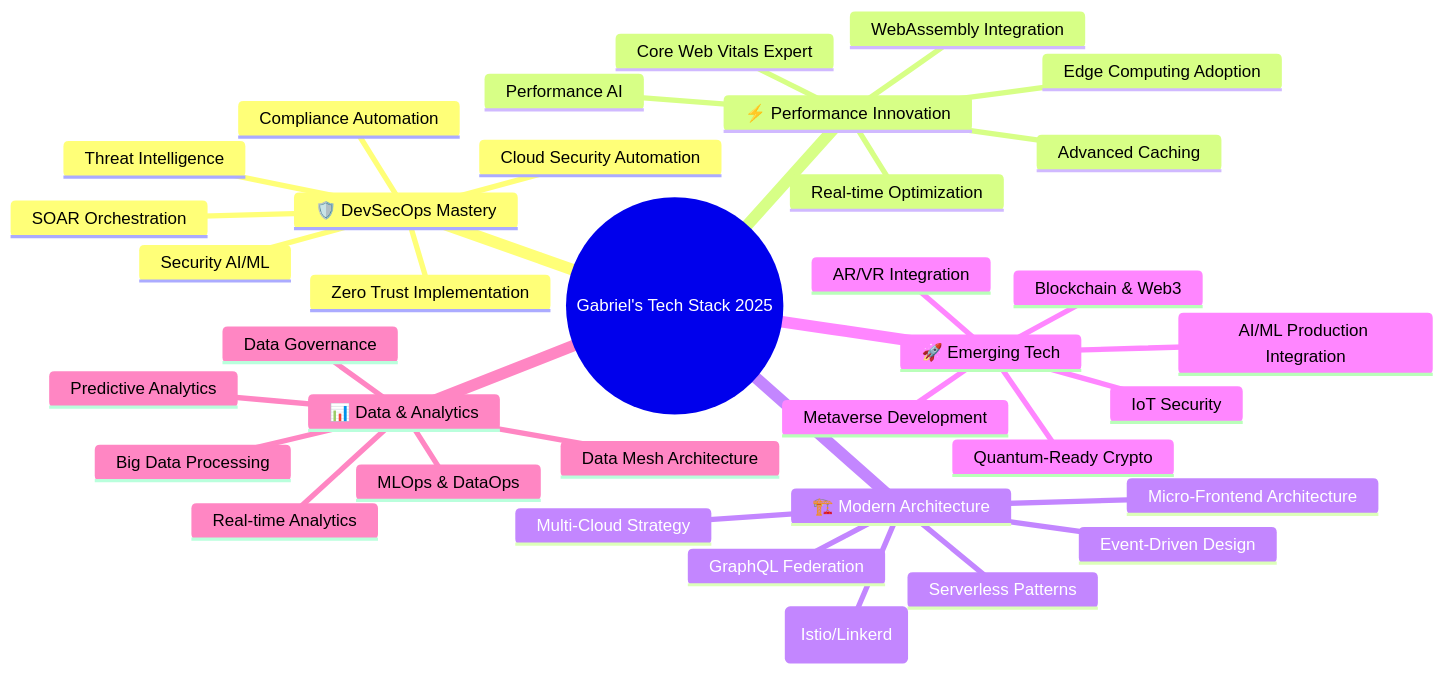
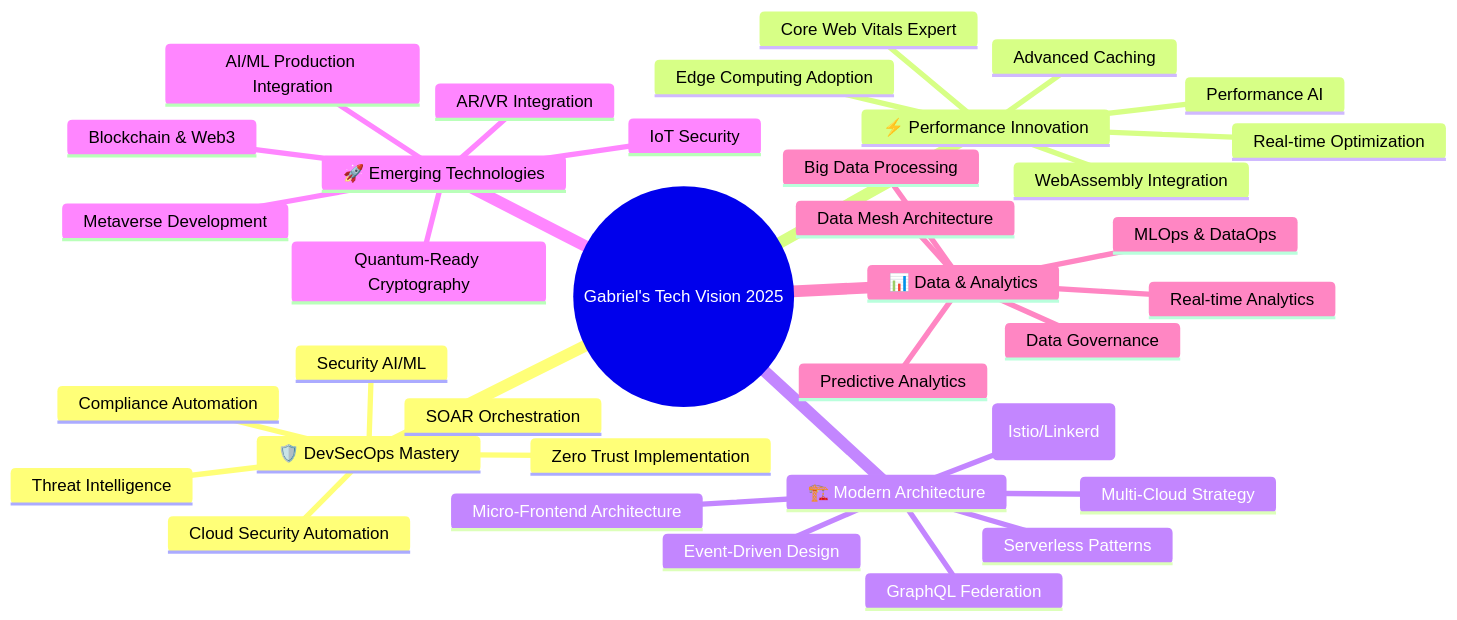
Before and after one commit to glferreira-devsecops/glferreira-devsecops: the second of 4 diagrams in README.md, drawn with Mermaid. The commit also changed other lines of this file, not shown here.

````diff
--- a/README.md
+++ b/README.md
@@ -646,39 +764,39 @@
 ```mermaid
 mindmap
-  root((Gabriel's Tech Stack 2025))
+  root((Gabriel's Tech Vision 2025))
     🛡️ DevSecOps Mastery
       Cloud Security Automation
       Zero Trust Implementation
       SOAR Orchestration
       Compliance Automation
       Threat Intelligence
       Security AI/ML
     ⚡ Performance Innovation
       Edge Computing Adoption
       WebAssembly Integration
       Advanced Caching
       Real-time Optimization
       Performance AI
       Core Web Vitals Expert
     🏗️ Modern Architecture
       Event-Driven Design
       Serverless Patterns
       Multi-Cloud Strategy
       Service Mesh (Istio/Linkerd)
       GraphQL Federation
       Micro-Frontend Architecture
-    🚀 Emerging Tech
+    🚀 Emerging Technologies
       AI/ML Production Integration
       Blockchain & Web3
       IoT Security
-      Quantum-Ready Crypto
+      Quantum-Ready Cryptography
       Metaverse Development
       AR/VR Integration
     📊 Data & Analytics
       Real-time Analytics
       Big Data Processing
       MLOps & DataOps
       Data Governance
       Predictive Analytics
       Data Mesh Architecture
 ```
````
